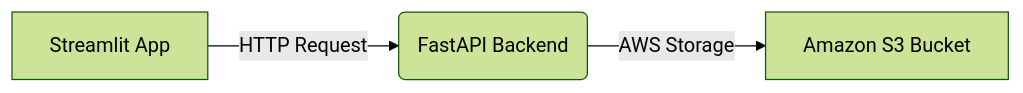
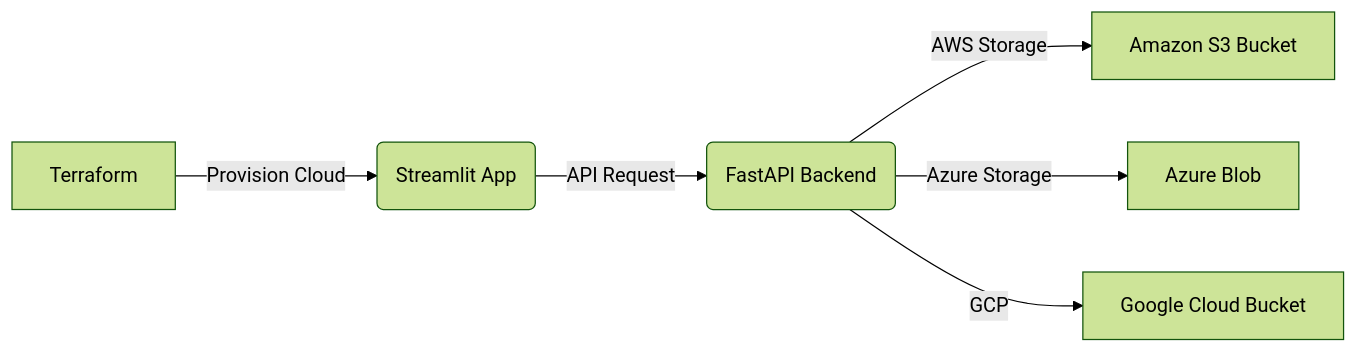
The diagram in README.md (mattmajestic/treasury-data-app-dev), drawn with Mermaid (forest theme) before and after one commit.

````diff
--- a/README.md
+++ b/README.md
@@ -32,5 +32,8 @@
 ```mermaid
 graph LR
-    A[Streamlit App] -->|HTTP Request| B(FastAPI Backend)
-    B -->|AWS Storage| C[Amazon S3 Bucket]
+    A[Terraform] -->|Provision Cloud| B(Streamlit App)
+    B -->|API Request| C(FastAPI Backend)
+    C -->|AWS Storage| D[Amazon S3 Bucket]
+    C -->|Azure Storage| E[Azure Blob]
+    C -->|GCP| F[Google Cloud Bucket]
 ```
````
